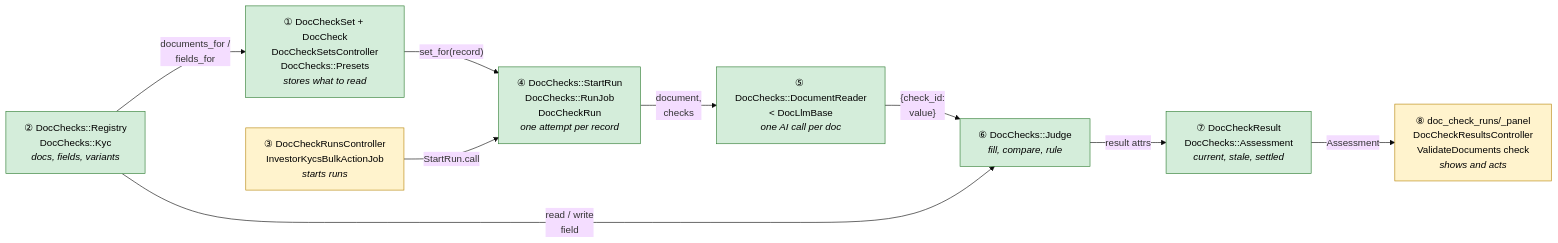
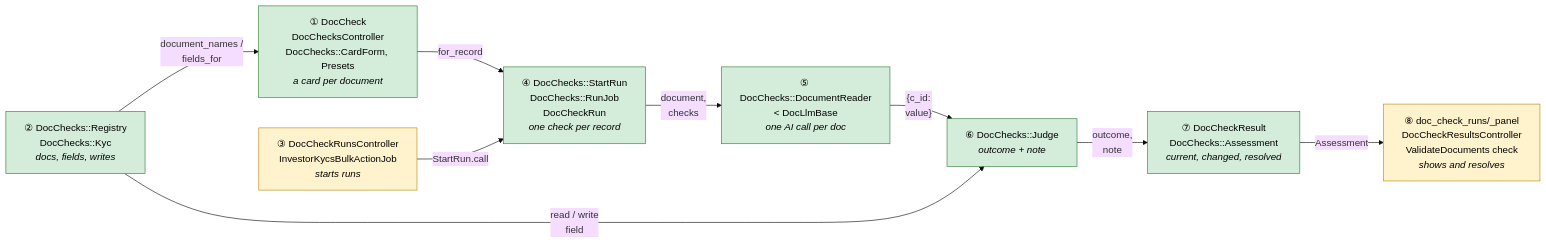
One commit to sampadadiwan/IRM_CompanyMain changed the third of 12 diagrams in openspec/changes/document-checks/design.md. Above: the diagram before and after it, drawn with Mermaid (base theme). The commit also changed other lines of this file and 85 other files, not shown here.

First line of the commit message:
Document checks (#1773)

````diff
--- a/openspec/changes/document-checks/design.md
+++ b/openspec/changes/document-checks/design.md
@@ -196,30 +203,30 @@
 ```mermaid
 flowchart LR
     classDef new fill:#d4edda,stroke:#2e7d32,color:#000
     classDef mod fill:#fff3cd,stroke:#b8860b,color:#000
     classDef reuse fill:#eceff1,stroke:#90a4ae,color:#000
-    S["① DocCheckSet + DocCheck<br/>DocCheckSetsController<br/>DocChecks::Presets<br/><i>stores what to read</i>"]:::new
-    R["② DocChecks::Registry<br/>DocChecks::Kyc<br/><i>docs, fields, variants</i>"]:::new
+    S["① DocCheck<br/>DocChecksController<br/>DocChecks::CardForm, Presets<br/><i>a card per document</i>"]:::new
+    R["② DocChecks::Registry<br/>DocChecks::Kyc<br/><i>docs, fields, writes</i>"]:::new
     T["③ DocCheckRunsController<br/>InvestorKycsBulkActionJob<br/><i>starts runs</i>"]:::mod
-    N["④ DocChecks::StartRun<br/>DocChecks::RunJob<br/>DocCheckRun<br/><i>one attempt per record</i>"]:::new
+    N["④ DocChecks::StartRun<br/>DocChecks::RunJob<br/>DocCheckRun<br/><i>one check per record</i>"]:::new
     A["⑤ DocChecks::DocumentReader<br/>&lt; DocLlmBase<br/><i>one AI call per doc</i>"]:::new
-    J["⑥ DocChecks::Judge<br/><i>fill, compare, rule</i>"]:::new
-    D["⑦ DocCheckResult<br/>DocChecks::Assessment<br/><i>current, stale, settled</i>"]:::new
-    U["⑧ doc_check_runs/_panel<br/>DocCheckResultsController<br/>ValidateDocuments check<br/><i>shows and acts</i>"]:::mod
-    R -- "documents_for /<br/>fields_for" --> S
-    S -- "set_for(record)" --> N
+    J["⑥ DocChecks::Judge<br/><i>outcome + note</i>"]:::new
+    D["⑦ DocCheckResult<br/>DocChecks::Assessment<br/><i>current, changed, resolved</i>"]:::new
+    U["⑧ doc_check_runs/_panel<br/>DocCheckResultsController<br/>ValidateDocuments check<br/><i>shows and resolves</i>"]:::mod
+    R -- "document_names /<br/>fields_for" --> S
+    S -- "for_record" --> N
     T -- "StartRun.call" --> N
     N -- "document,<br/>checks" --> A
-    A -- "{check_id:<br/>value}" --> J
+    A -- "{c_id:<br/>value}" --> J
     R -- "read / write<br/>field" --> J
-    J -- "result attrs" --> D
+    J -- "outcome,<br/>note" --> D
     D -- "Assessment" --> U
     click S "#①-setup" "Open card ①"
     click R "#②-registry" "Open card ②"
     click T "#③-triggers" "Open card ③"
     click N "#④-run" "Open card ④"
     click A "#⑤-reader" "Open card ⑤"
     click J "#⑥-judge" "Open card ⑥"
     click D "#⑦-results" "Open card ⑦"
     click U "#⑧-screens-and-journey" "Open card ⑧"
 ```
````
